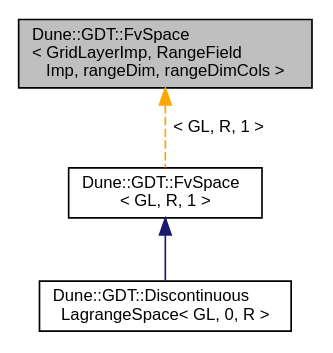
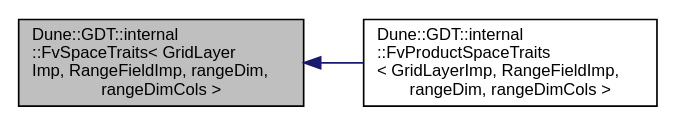
One commit to dune-community/dune-community.github.io changed the diagram in docs/dune-gdt/master/a02624.dot. Above: the diagram before and after it, drawn with Graphviz. The commit also changed 1973 other files, not shown here.

Commit message:
Updated documentation for dune-gdt master

```diff
--- a/docs/dune-gdt/master/a02624.dot
+++ b/docs/dune-gdt/master/a02624.dot
@@ -1,10 +1,9 @@
-digraph "Dune::GDT::FvSpace&lt; GridLayerImp, RangeFieldImp, rangeDim, rangeDimCols &gt;"
+digraph "Dune::GDT::internal::FvSpaceTraits&lt; GridLayerImp, RangeFieldImp, rangeDim, rangeDimCols &gt;"
 {
   edge [fontname="Helvetica",fontsize="10",labelfontname="Helvetica",labelfontsize="10"];
   node [fontname="Helvetica",fontsize="10",shape=record];
-  Node0 [label="Dune::GDT::FvSpace\l\< GridLayerImp, RangeField\lImp, rangeDim, rangeDimCols \>",height=0.2,width=0.4,color="black", fillcolor="grey75", style="filled", fontcolor="black"];
-  Node0 -> Node1 [dir="back",color="orange",fontsize="10",style="dashed",label=" \< GL, R, 1 \>" ,fontname="Helvetica"];
-  Node1 [label="Dune::GDT::FvSpace\l\< GL, R, 1 \>",height=0.2,width=0.4,color="black", fillcolor="white", style="filled",URL="$a02625.html"];
-  Node1 -> Node2 [dir="back",color="midnightblue",fontsize="10",style="solid",fontname="Helvetica"];
-  Node2 [label="Dune::GDT::Discontinuous\lLagrangeSpace\< GL, 0, R \>",height=0.2,width=0.4,color="black", fillcolor="white", style="filled",URL="$a02589.html"];
+  rankdir="LR";
+  Node0 [label="Dune::GDT::internal\l::FvSpaceTraits\< GridLayer\lImp, RangeFieldImp, rangeDim,\l rangeDimCols \>",height=0.2,width=0.4,color="black", fillcolor="grey75", style="filled", fontcolor="black"];
+  Node0 -> Node1 [dir="back",color="midnightblue",fontsize="10",style="solid",fontname="Helvetica"];
+  Node1 [label="Dune::GDT::internal\l::FvProductSpaceTraits\l\< GridLayerImp, RangeFieldImp,\l rangeDim, rangeDimCols \>",height=0.2,width=0.4,color="black", fillcolor="white", style="filled",URL="$a02653.html"];
 }
```
